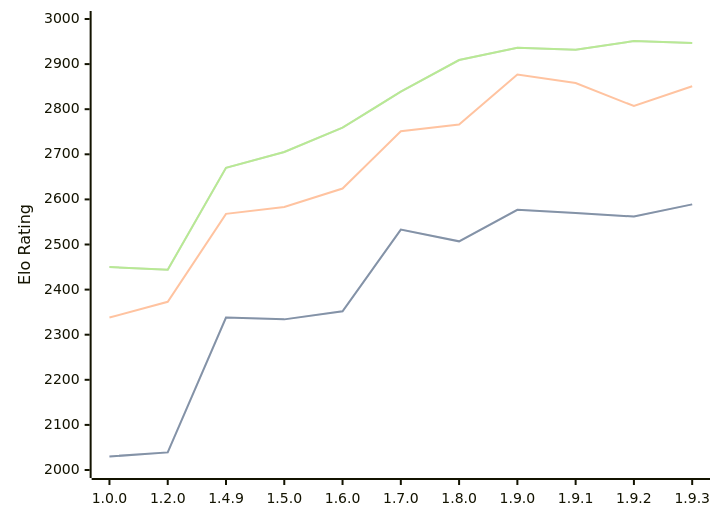
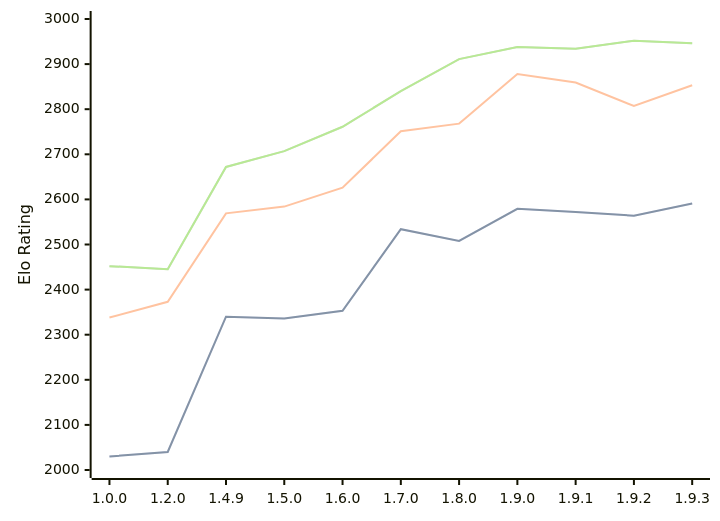
One commit to computer-chess-index/cci changed the diagram in engines/Basilisk.md. Above: the diagram before and after it, drawn with Mermaid. The commit also changed other lines of this file, not shown here.

Commit message:
Update CCI Ratings (ELO VLTC) - 2026-08-15

````diff
--- a/engines/Basilisk.md
+++ b/engines/Basilisk.md
@@ -54,11 +54,11 @@
 ```mermaid
 %%{init: {"theme":"base","themeVariables":{"seriesColors:['#a3a3a3','#222221','#faa371']}}}%%
 xychart-beta
   x-axis ["1.0.0", "1.2.0", "1.4.9", "1.5.0", "1.6.0", "1.7.0", "1.8.0", "1.9.0", "1.9.1", "1.9.2", "1.9.3"]
   y-axis "Elo Rating" 2000 --> 3000
-  line "STC (8.0+0.08s)" [2030, 2039, 2338, 2334, 2352, 2533, 2507, 2577, 2570, 2562, 2589]
-  line "STC (8.0+0.08s)" [2030, 2039, 2338, 2334, 2352, 2533, 2507, 2577, 2570, 2562, 2589]
-  line "LTC (60.0+0.60s)" [2338, 2373, 2568, 2583, 2624, 2751, 2766, 2877, 2858, 2807, 2851]
-  line "VLTC (2m24s+1.12s)" [2450, 2444, 2670, 2705, 2759, 2839, 2909, 2936, 2932, 2951, 2947]
-  line "VLTC (2m24s+1.12s)" [2450, 2444, 2670, 2705, 2759, 2839, 2909, 2936, 2932, 2951, 2947]
+  line "STC (8.0+0.08s)" [2030, 2040, 2340, 2336, 2353, 2534, 2508, 2579, 2572, 2564, 2591]
+  line "STC (8.0+0.08s)" [2030, 2040, 2340, 2336, 2353, 2534, 2508, 2579, 2572, 2564, 2591]
+  line "LTC (60.0+0.60s)" [2338, 2373, 2569, 2584, 2626, 2751, 2768, 2878, 2859, 2807, 2853]
+  line "VLTC (2m24s+1.12s)" [2452, 2445, 2672, 2707, 2761, 2840, 2911, 2938, 2934, 2952, 2946]
+  line "VLTC (2m24s+1.12s)" [2452, 2445, 2672, 2707, 2761, 2840, 2911, 2938, 2934, 2952, 2946]
 ```
````
